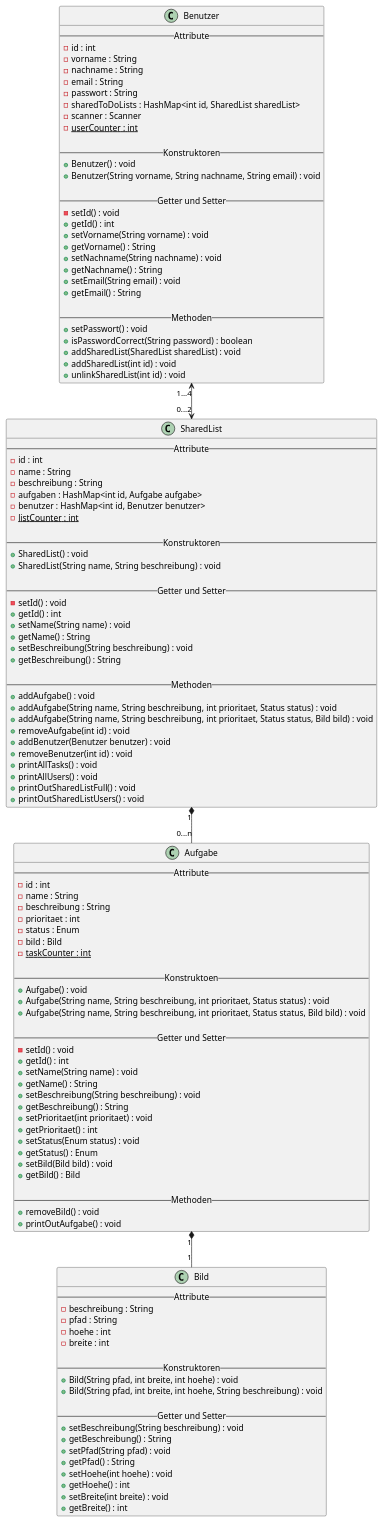
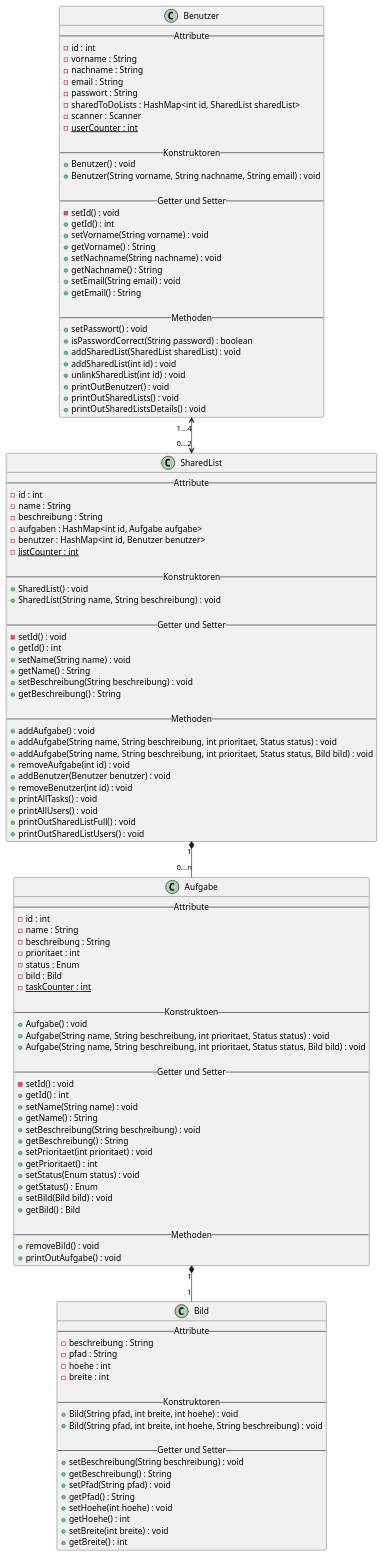
Before and after one commit to bztfinformatik/lerndokumentation-Severinboegli: the diagram in docs/00_Coding_Aufgaben/todo/klassendiagramm.puml, drawn with PlantUML. The commit also changed 6 other files, not shown here.

```diff
--- a/docs/00_Coding_Aufgaben/todo/klassendiagramm.puml
+++ b/docs/00_Coding_Aufgaben/todo/klassendiagramm.puml
@@ -1,129 +1,132 @@
 @startuml
 
 class Benutzer {
     -- Attribute --
     - id : int
     - vorname : String
     - nachname : String
     - email : String
     - passwort : String
     - sharedToDoLists : HashMap<int id, SharedList sharedList>
     - scanner : Scanner
     - {static} userCounter : int
 
     -- Konstruktoren --
     + Benutzer() : void
     + Benutzer(String vorname, String nachname, String email) : void
 
     -- Getter und Setter --
     - setId() : void
     + getId() : int
     + setVorname(String vorname) : void
     + getVorname() : String
     + setNachname(String nachname) : void
     + getNachname() : String
     + setEmail(String email) : void
     + getEmail() : String
     
     -- Methoden --
     + setPasswort() : void
     + isPasswordCorrect(String password) : boolean
     + addSharedList(SharedList sharedList) : void
     + addSharedList(int id) : void
     + unlinkSharedList(int id) : void
+    + printOutBenutzer() : void
+    + printOutSharedLists() : void
+    + printOutSharedListsDetails() : void
 }
 
 class SharedList {
     -- Attribute --
     - id : int
     - name : String
     - beschreibung : String
     - aufgaben : HashMap<int id, Aufgabe aufgabe>
     - benutzer : HashMap<int id, Benutzer benutzer>
     -{static} listCounter : int
 
     -- Konstruktoren --
     + SharedList() : void
     + SharedList(String name, String beschreibung) : void
 
     -- Getter und Setter --
     - setId() : void
     + getId() : int
     + setName(String name) : void
     + getName() : String
     + setBeschreibung(String beschreibung) : void
     + getBeschreibung() : String
 
     -- Methoden --
     + addAufgabe() : void
     + addAufgabe(String name, String beschreibung, int prioritaet, Status status) : void
     + addAufgabe(String name, String beschreibung, int prioritaet, Status status, Bild bild) : void
     + removeAufgabe(int id) : void
     + addBenutzer(Benutzer benutzer) : void
     + removeBenutzer(int id) : void
     + printAllTasks() : void
     + printAllUsers() : void
     + printOutSharedListFull() : void
     + printOutSharedListUsers() : void
 }
 
 class Aufgabe {
     -- Attribute --
     - id : int
     - name : String
     - beschreibung : String
     - prioritaet : int
     - status : Enum
     - bild : Bild
     -{static} taskCounter : int
 
     -- Konstruktoen --
     + Aufgabe() : void
     + Aufgabe(String name, String beschreibung, int prioritaet, Status status) : void
     + Aufgabe(String name, String beschreibung, int prioritaet, Status status, Bild bild) : void
 
     -- Getter und Setter --
     - setId() : void
     + getId() : int
     + setName(String name) : void
     + getName() : String
     + setBeschreibung(String beschreibung) : void
     + getBeschreibung() : String
     + setPrioritaet(int prioritaet) : void
     + getPrioritaet() : int
     + setStatus(Enum status) : void
     + getStatus() : Enum
     + setBild(Bild bild) : void
     + getBild() : Bild
 
     -- Methoden --
     + removeBild() : void
     + printOutAufgabe() : void
 }
 
 class Bild {
     -- Attribute --
     - beschreibung : String
     - pfad : String
     - hoehe : int
     - breite : int
 
     -- Konstruktoren --
     + Bild(String pfad, int breite, int hoehe) : void
     + Bild(String pfad, int breite, int hoehe, String beschreibung) : void
 
     -- Getter und Setter --
     + setBeschreibung(String beschreibung) : void
     + getBeschreibung() : String
     + setPfad(String pfad) : void
     + getPfad() : String
     + setHoehe(int hoehe) : void
     + getHoehe() : int
     + setBreite(int breite) : void
     + getBreite() : int
 }
 Benutzer "1...4" <--> "0...2" SharedList
 SharedList "1" *-- "0...n" Aufgabe
 Aufgabe "1" *-- "1" Bild
 
 @enduml
```
